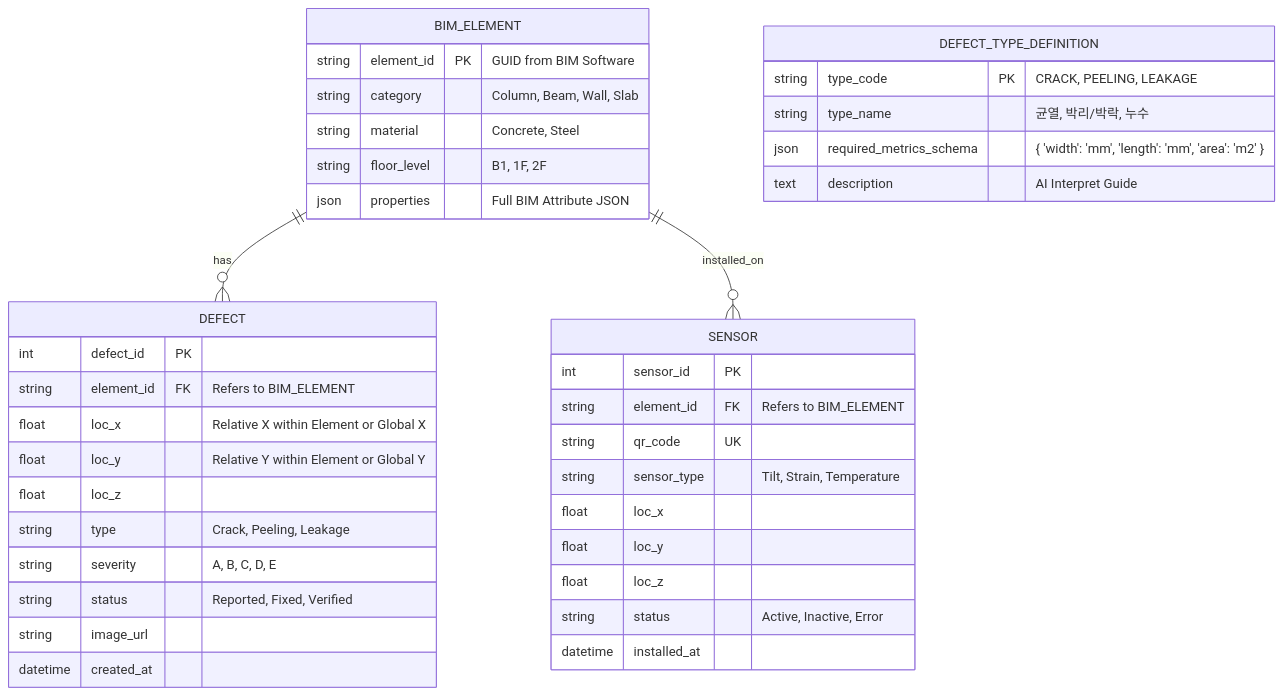
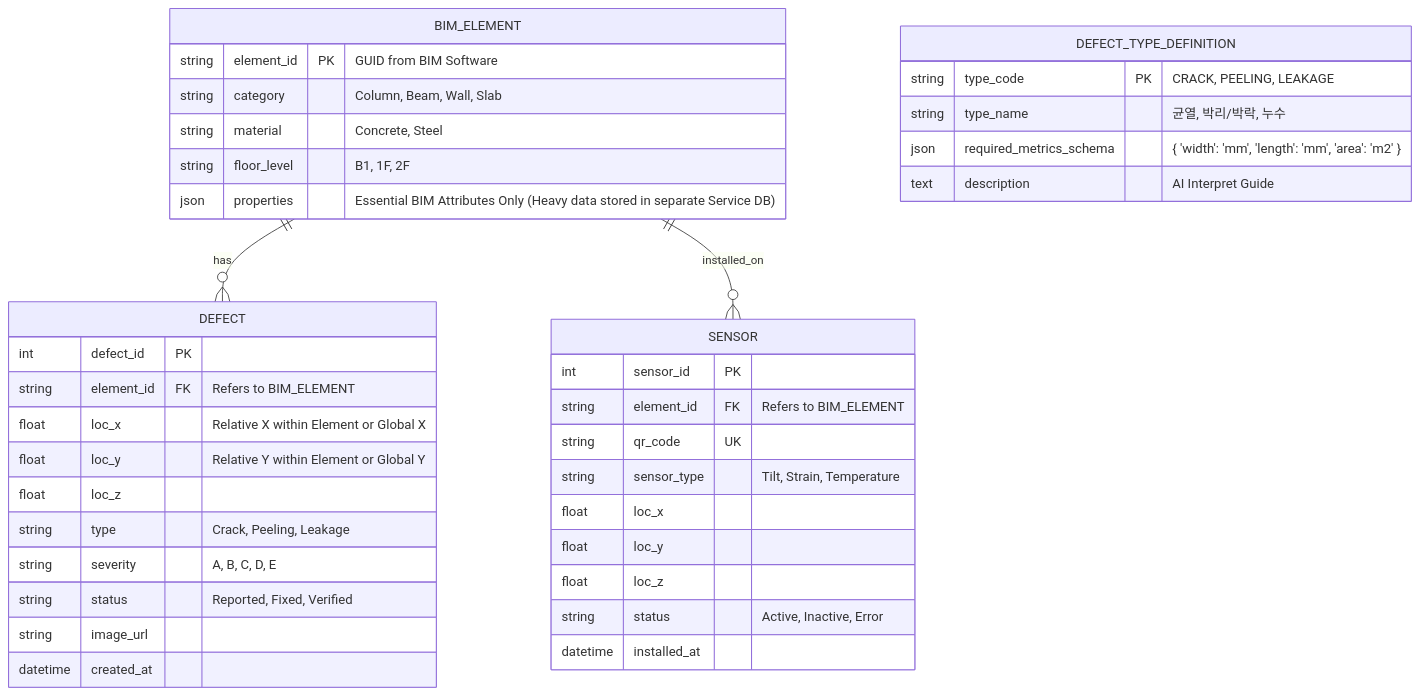
Before and after one commit to eric990906/SmartInspectionPlatform: the second of 2 diagrams in infrastructure_safety_platform_spec_ver2.md, drawn with Mermaid. The commit also changed other lines of this file, not shown here.

````diff
--- a/infrastructure_safety_platform_spec_ver2.md
+++ b/infrastructure_safety_platform_spec_ver2.md
@@ -123,45 +124,45 @@
 ```mermaid
 erDiagram
     BIM_ELEMENT ||--o{ DEFECT : "has"
     BIM_ELEMENT ||--o{ SENSOR : "installed_on"
     
     BIM_ELEMENT {
         string element_id PK "GUID from BIM Software"
         string category "Column, Beam, Wall, Slab"
         string material "Concrete, Steel"
         string floor_level "B1, 1F, 2F"
-        json properties "Full BIM Attribute JSON"
+        json properties "Essential BIM Attributes Only (Heavy data stored in separate Service DB)"
     }
 
     DEFECT {
         int defect_id PK
         string element_id FK "Refers to BIM_ELEMENT"
         float loc_x "Relative X within Element or Global X"
         float loc_y "Relative Y within Element or Global Y"
         float loc_z
         string type "Crack, Peeling, Leakage"
         string severity "A, B, C, D, E"
         string status "Reported, Fixed, Verified"
         string image_url
         datetime created_at
     }
 
     SENSOR {
         int sensor_id PK
         string element_id FK "Refers to BIM_ELEMENT"
         string qr_code UK
         string sensor_type "Tilt, Strain, Temperature"
         float loc_x
         float loc_y
         float loc_z
         string status "Active, Inactive, Error"
         datetime installed_at
     }
 
     DEFECT_TYPE_DEFINITION {
         string type_code PK "CRACK, PEELING, LEAKAGE"
         string type_name "균열, 박리/박락, 누수"
         json required_metrics_schema "{ 'width': 'mm', 'length': 'mm', 'area': 'm2' }"
         text description "AI Interpret Guide"
     }
 ```
````
